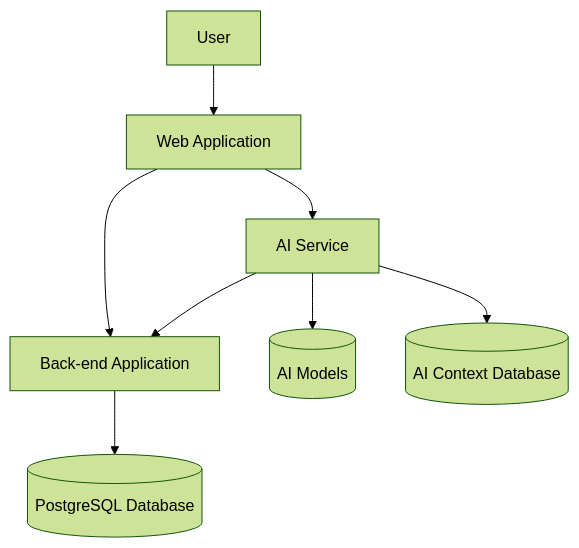
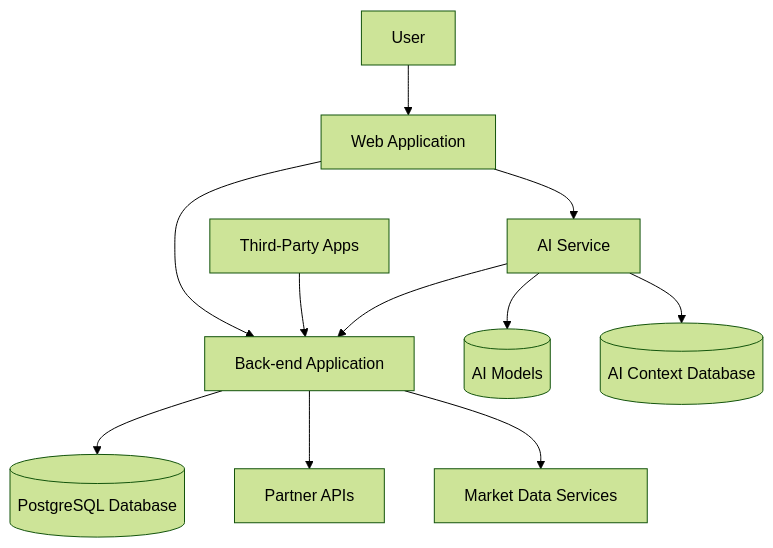
The diagram in docs/architecture/overview.md (infina-pfa/infina-pfa), drawn with Mermaid (forest theme) before and after one commit. The commit also changed other lines of this file, not shown here.

First line of the commit message:
Enhance Architecture Overview Document for Infina Personal Financial Advisor

````diff
--- a/docs/architecture/overview.md
+++ b/docs/architecture/overview.md
@@ -13,10 +35,13 @@
 ```mermaid
 graph TD
     User[User] --> WebApp[Web Application]
     WebApp --> Backend[Back-end Application]
     WebApp --> AIService[AI Service]
     AIService --> Backend
     Backend --> Database[(PostgreSQL Database)]
     AIService --> AIModels[(AI Models)]
     AIService --> AIDatabase[(AI Context Database)]
+    Backend --> PartnerAPIs[Partner APIs]
+    Backend --> MarketData[Market Data Services]
+    ThirdPartyApps[Third-Party Apps] --> Backend
 ```
````
